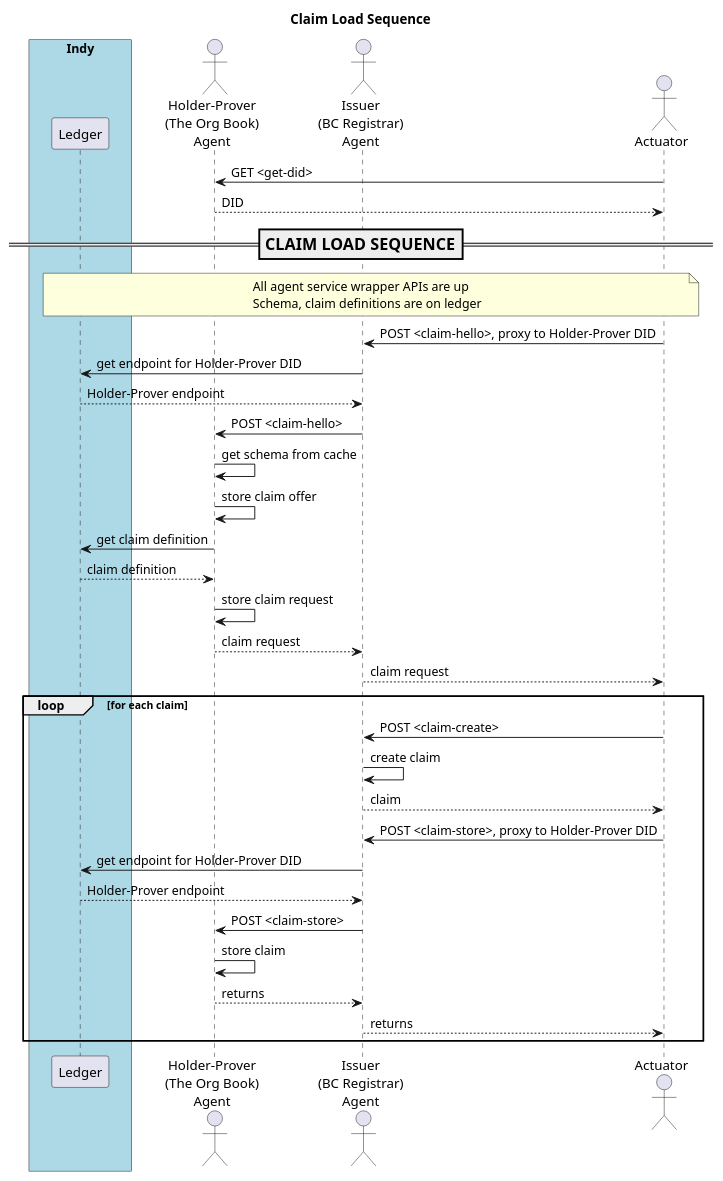
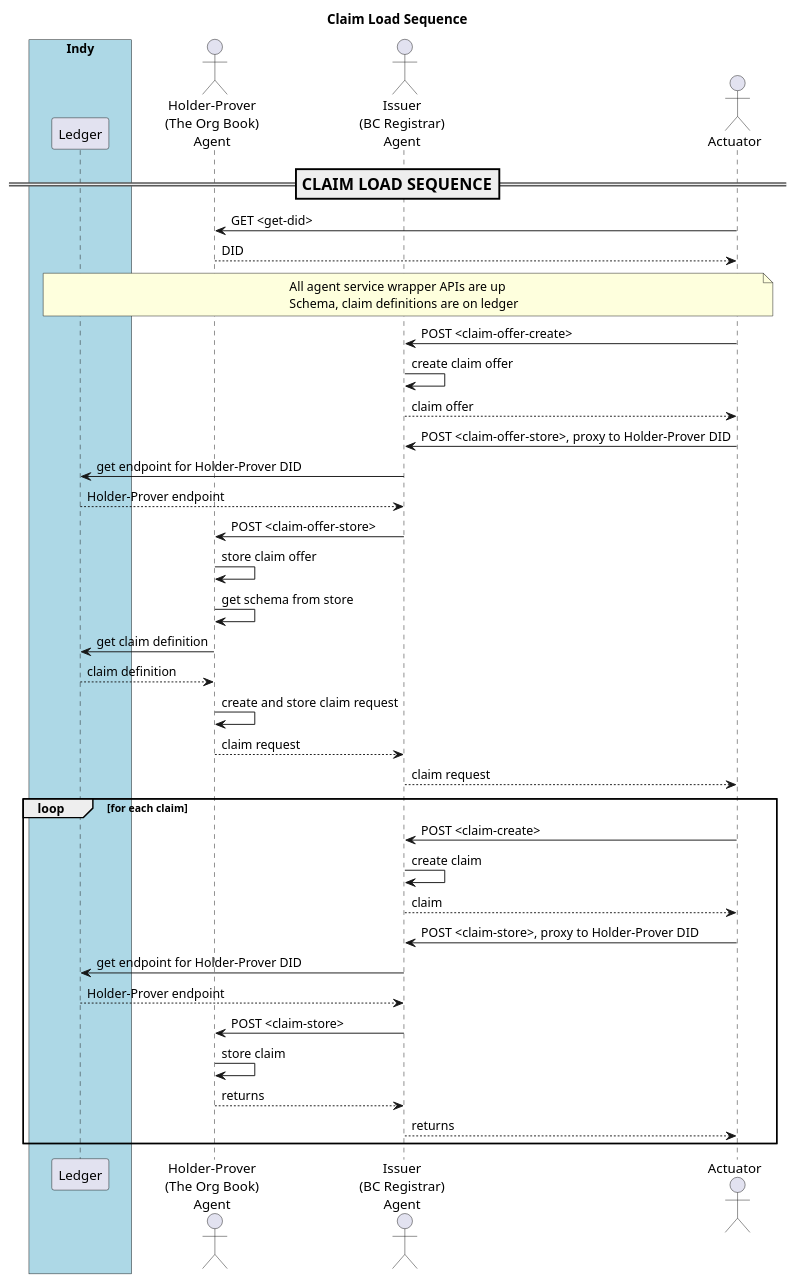
The diagram in doc/pic/src/claim-load.puml (PSPC-SPAC-buyandsell/von_base), drawn with PlantUML before and after one commit. The commit also changed 6 other files, not shown here.

Commit message:
track indy-sdk 1.3.1-dev-408, baking proof of issuer into claim offer

```diff
--- a/doc/pic/src/claim-load.puml
+++ b/doc/pic/src/claim-load.puml
@@ -1,66 +1,71 @@
 @startuml
 /'
 Copyright 2017-2018 Government of Canada - Public Services and Procurement Canada - buyandsell.gc.ca
 
 Licensed under the Apache License, Version 2.0 (the "License");
 you may not use this file except in compliance with the License.
 You may obtain a copy of the License at
 
 http://www.apache.org/licenses/LICENSE-2.0
 
 Unless required by applicable law or agreed to in writing, software
 distributed under the License is distributed on an "AS IS" BASIS,
 WITHOUT WARRANTIES OR CONDITIONS OF ANY KIND, either express or implied.
 See the License for the specific language governing permissions and
 limitations under the License.
 '/
 
 skinparam ParticipantPadding 20
 skinparam BoxPadding 20
 
 title Claim Load Sequence
 
 box "Indy" #LightBlue
     participant "Ledger" as ledger
 endbox
 
 actor "Holder-Prover\n(The Org Book)\nAgent" as obag
 actor "Issuer\n(BC Registrar)\nAgent" as bcrag
 actor "Actuator" as ator
 
+=== CLAIM LOAD SEQUENCE ==
+
 ator -> obag: GET <get-did>
 obag --> ator: DID
 
-=== CLAIM LOAD SEQUENCE ==
 note over ledger, ator
 All agent service wrapper APIs are up
 Schema, claim definitions are on ledger
 endnote
 
-ator -> bcrag: POST <claim-hello>, proxy to Holder-Prover DID
+ator -> bcrag: POST <claim-offer-create>
+bcrag -> bcrag: create claim offer
+bcrag --> ator: claim offer
+
+ator -> bcrag: POST <claim-offer-store>, proxy to Holder-Prover DID
 bcrag -> ledger: get endpoint for Holder-Prover DID
 ledger --> bcrag: Holder-Prover endpoint
-bcrag -> obag: POST <claim-hello>
-obag -> obag: get schema from cache
+bcrag -> obag: POST <claim-offer-store>
 obag -> obag: store claim offer
+obag -> obag: get schema from store
 obag -> ledger: get claim definition
 ledger --> obag: claim definition
-obag -> obag: store claim request
+obag -> obag: create and store claim request
 obag --> bcrag: claim request
 bcrag --> ator: claim request
 
 loop for each claim
     ator -> bcrag: POST <claim-create>
     bcrag -> bcrag: create claim
     bcrag --> ator: claim
     ator -> bcrag: POST <claim-store>, proxy to Holder-Prover DID
     bcrag -> ledger: get endpoint for Holder-Prover DID
     ledger --> bcrag: Holder-Prover endpoint
     bcrag -> obag: POST <claim-store>
     obag -> obag: store claim
     obag --> bcrag: returns
     bcrag --> ator: returns
     
 end
 
 @enduml
```
